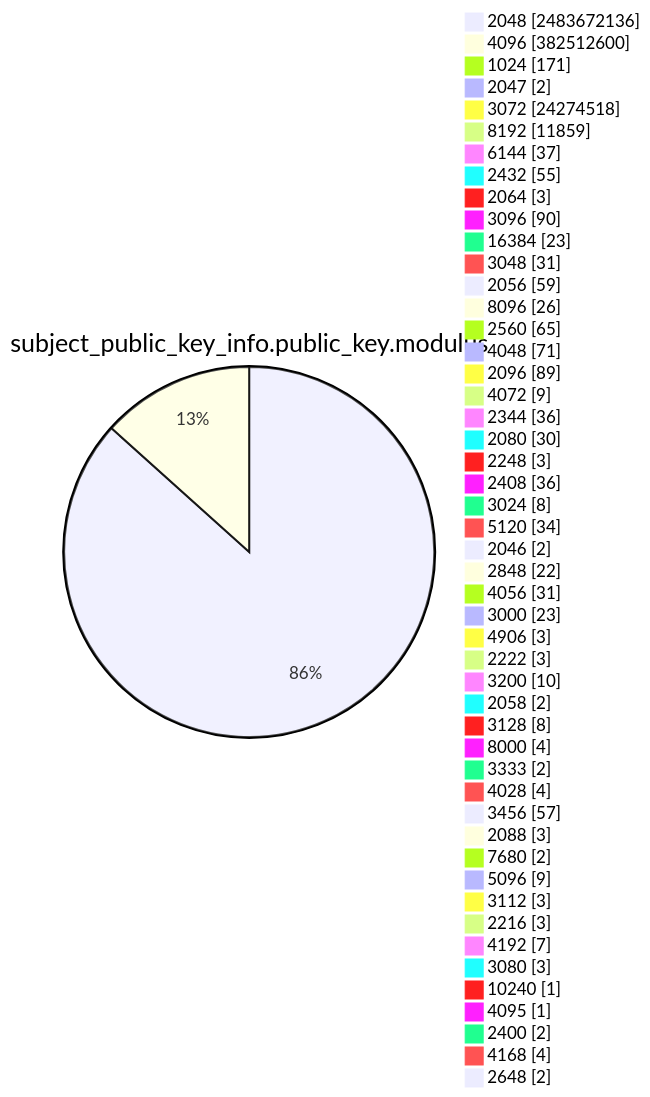
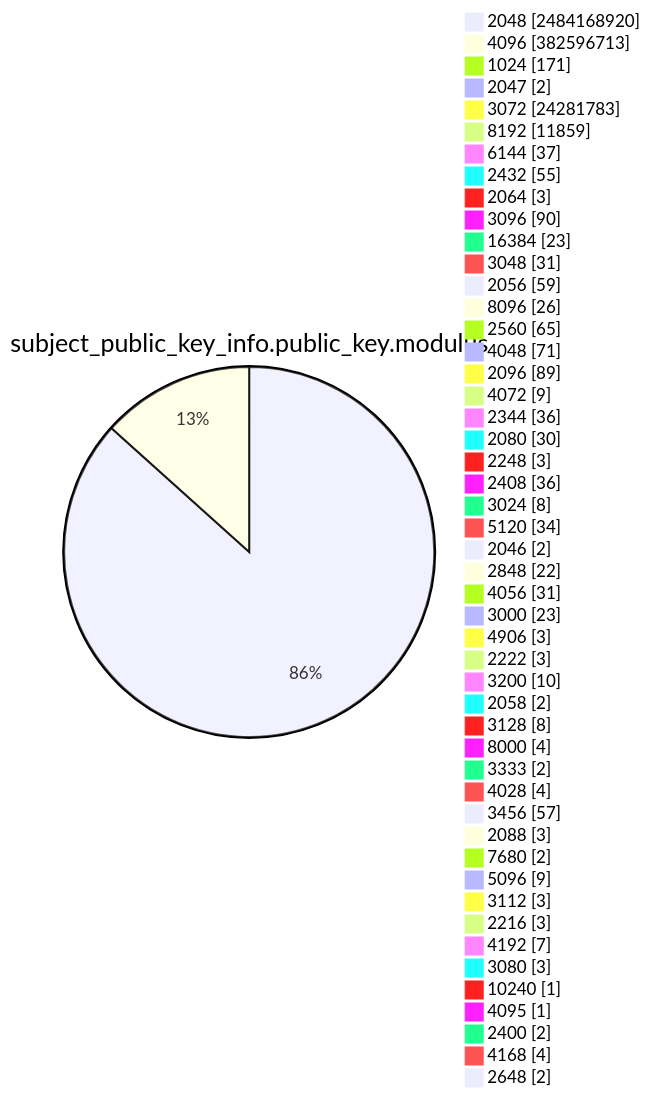
Diagram 13 of 15 in TOTAL/README.md (christiankrug/ctmonitor_visualization), drawn with Mermaid before and after one commit. The commit also changed other lines of this file, not shown here.

````diff
--- a/TOTAL/README.md
+++ b/TOTAL/README.md
@@ -4168,53 +4168,53 @@
 ```mermaid
 pie showData
 title subject_public_key_info.public_key.modulus
-"2048" :2483672136
-"4096" :382512600
+"2048" :2484168920
+"4096" :382596713
 "1024" :171
 "2047" :2
-"3072" :24274518
+"3072" :24281783
 "8192" :11859
 "6144" :37
 "2432" :55
 "2064" :3
 "3096" :90
 "16384" :23
 "3048" :31
 "2056" :59
 "8096" :26
 "2560" :65
 "4048" :71
 "2096" :89
 "4072" :9
 "2344" :36
 "2080" :30
 "2248" :3
 "2408" :36
 "3024" :8
 "5120" :34
 "2046" :2
 "2848" :22
 "4056" :31
 "3000" :23
 "4906" :3
 "2222" :3
 "3200" :10
 "2058" :2
 "3128" :8
 "8000" :4
 "3333" :2
 "4028" :4
 "3456" :57
 "2088" :3
 "7680" :2
 "5096" :9
 "3112" :3
 "2216" :3
 "4192" :7
 "3080" :3
 "10240" :1
 "4095" :1
 "2400" :2
 "4168" :4
 "2648" :2
 ```
````
